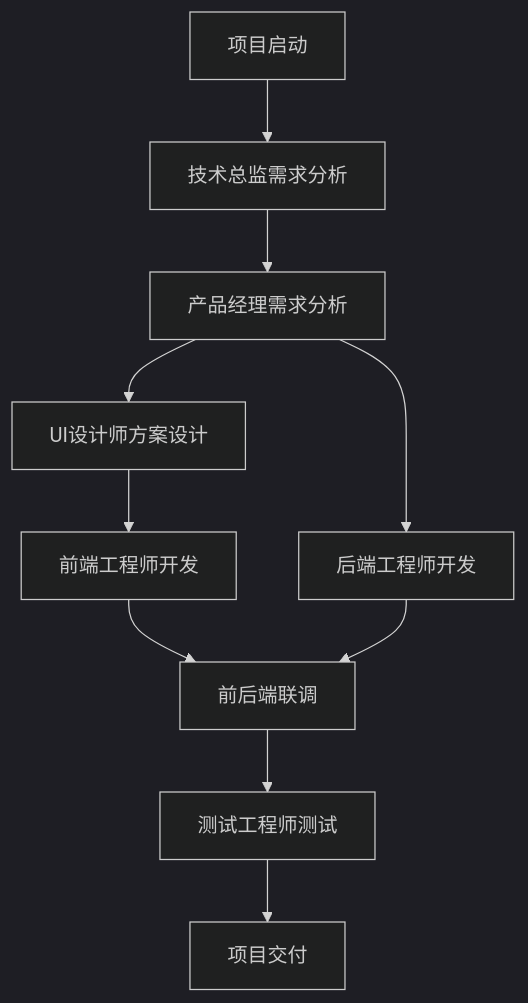
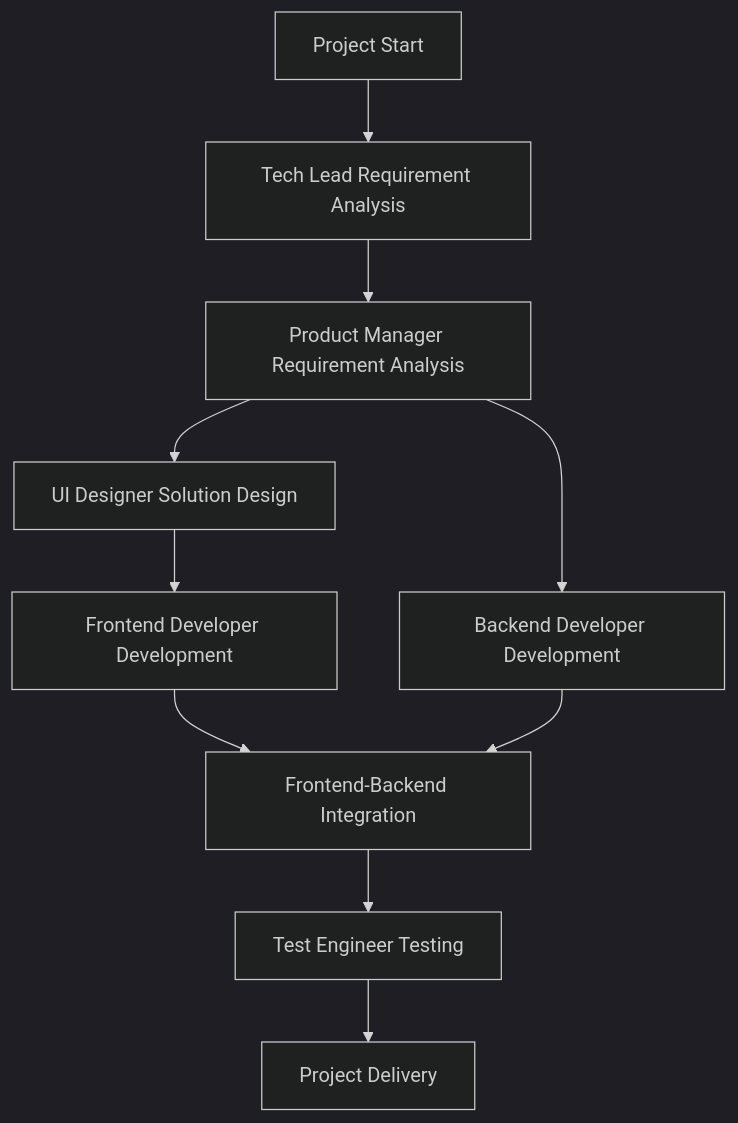
Before and after one commit to wuxiaolong123121/mcp-package-manager: the diagram in README.md, drawn with Mermaid (dark theme). The commit also changed other lines of this file and 1 other file, not shown here.

````diff
--- a/README.md
+++ b/README.md
@@ -183,12 +174,12 @@
 ```mermaid
 graph TD
-    A[项目启动] --> B[技术总监需求分析]
-    B --> C[产品经理需求分析]
-    C --> D[UI设计师方案设计]
-    D --> E[前端工程师开发]
-    C --> F[后端工程师开发]
-    E --> G[前后端联调]
+    A[Project Start] --> B[Tech Lead Requirement Analysis]
+    B --> C[Product Manager Requirement Analysis]
+    C --> D[UI Designer Solution Design]
+    D --> E[Frontend Developer Development]
+    C --> F[Backend Developer Development]
+    E --> G[Frontend-Backend Integration]
     F --> G
-    G --> H[测试工程师测试]
-    H --> I[项目交付]
+    G --> H[Test Engineer Testing]
+    H --> I[Project Delivery]
 ```
````
